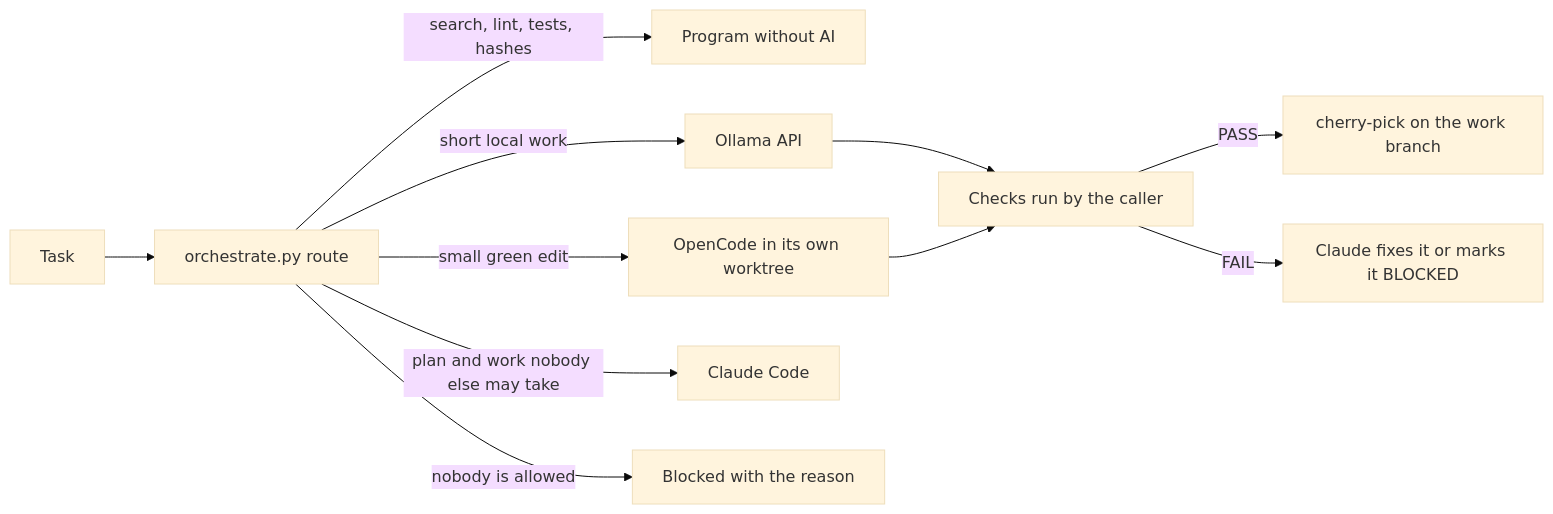
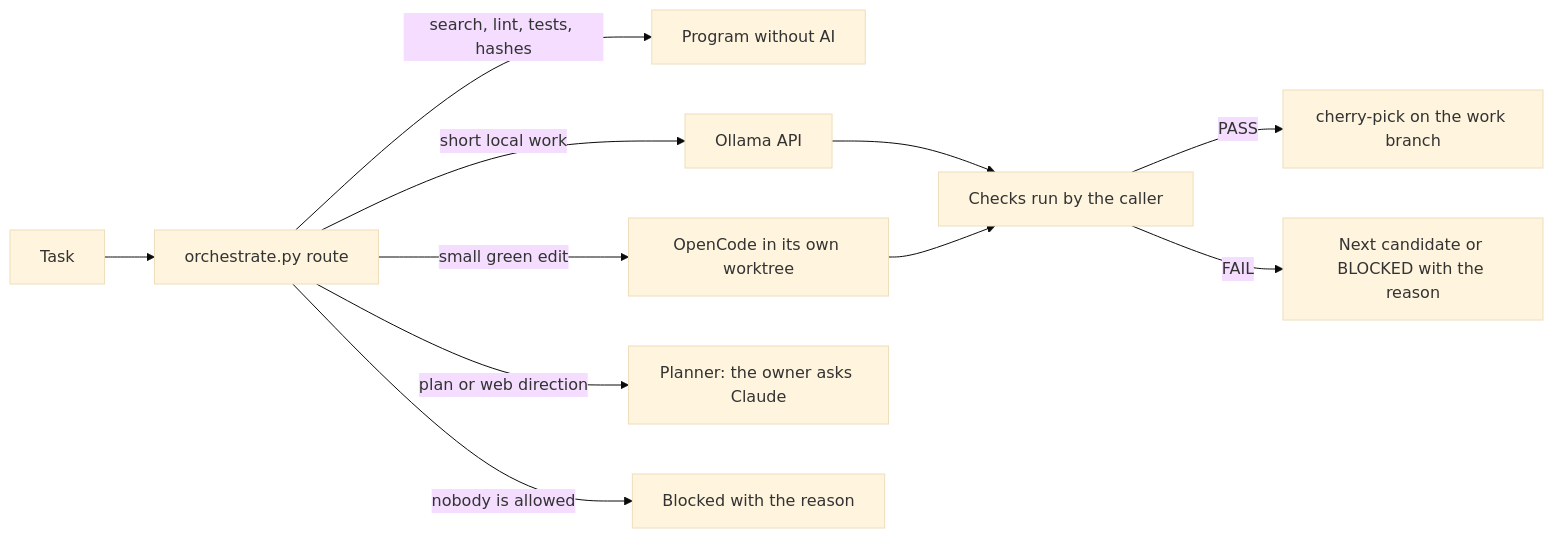
The diagram in docs/005-verification-and-orchestration.md (SVN11X/standards), drawn with Mermaid (base theme) before and after one commit. The commit also changed other lines of this file and 6 other files, not shown here.

````diff
--- a/docs/005-verification-and-orchestration.md
+++ b/docs/005-verification-and-orchestration.md
@@ -7,13 +7,13 @@
 ```mermaid
 flowchart LR
   task[Task] --> route[orchestrate.py route]
   route -->|search, lint, tests, hashes| tools[Program without AI]
   route -->|short local work| ollama[Ollama API]
   route -->|small green edit| opencode[OpenCode in its own worktree]
-  route -->|plan and work nobody else may take| claude[Claude Code]
+  route -->|plan or web direction| planner[Planner: the owner asks Claude]
   route -->|nobody is allowed| blocked[Blocked with the reason]
   ollama --> verify[Checks run by the caller]
   opencode --> verify
   verify -->|PASS| integrate[cherry-pick on the work branch]
-  verify -->|FAIL| fix[Claude fixes it or marks it BLOCKED]
+  verify -->|FAIL| fix[Next candidate or BLOCKED with the reason]
 ```
````
